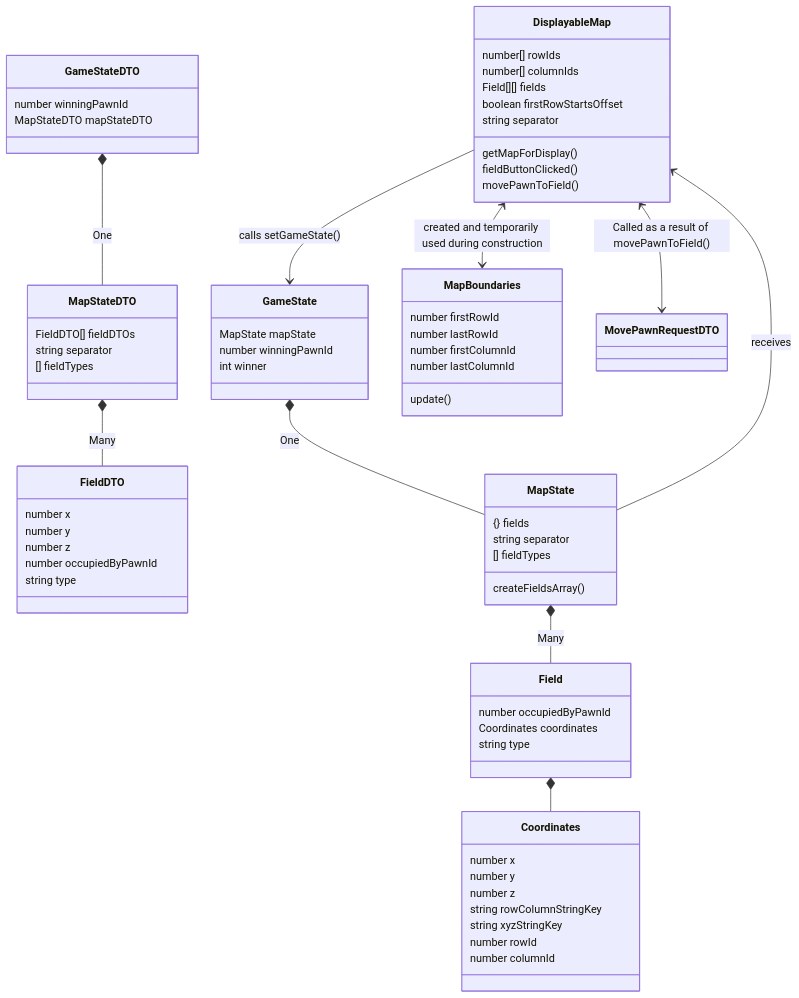
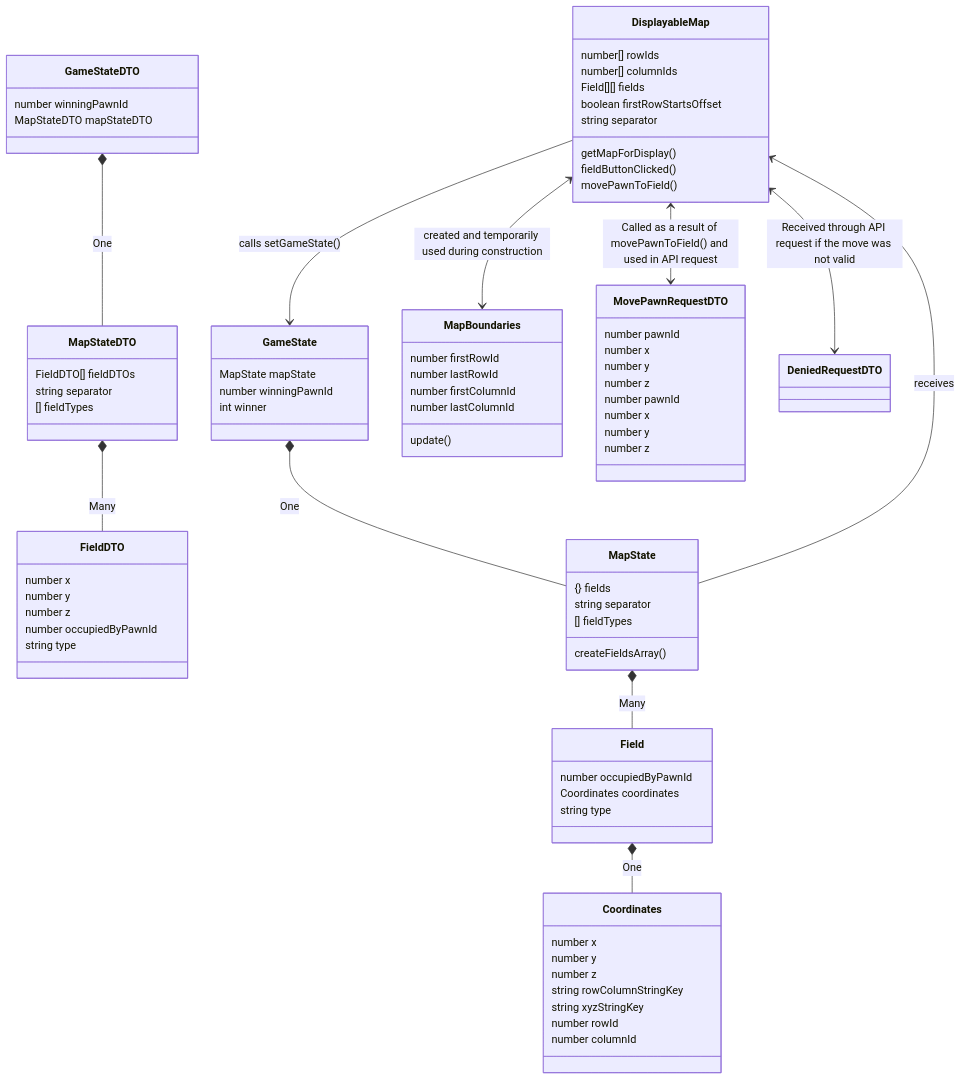
Before and after one commit to stijnlinderman/eldorado: the fourth of 8 diagrams in ARCHITECTURE.md, drawn with Mermaid.

````diff
--- a/ARCHITECTURE.md
+++ b/ARCHITECTURE.md
@@ -59,52 +59,61 @@
 ```mermaid
 classDiagram
 	GameStateDTO *-- MapStateDTO : One
 	GameStateDTO : number winningPawnId
 	GameStateDTO : MapStateDTO mapStateDTO
 	MapStateDTO *-- FieldDTO : Many
 	MapStateDTO : FieldDTO[] fieldDTOs
 	MapStateDTO : string separator
 	MapStateDTO : [] fieldTypes
 	FieldDTO : number x
 	FieldDTO : number y
 	FieldDTO : number z
 	FieldDTO : number occupiedByPawnId
 	FieldDTO : string type
 	GameState *-- MapState : One
 	GameState : MapState mapState
 	GameState : number winningPawnId
 	GameState : int winner
 	MapState *-- Field : Many
 	MapState : {} fields
 	MapState : string separator
 	MapState : [] fieldTypes
 	MapState : createFieldsArray()
-	Field *-- Coordinates
+	Field *-- Coordinates : One
 	Field : number occupiedByPawnId
 	Field : Coordinates coordinates
 	Field : string type
 	Coordinates : number x
 	Coordinates : number y
 	Coordinates : number z
 	Coordinates : string rowColumnStringKey
 	Coordinates : string xyzStringKey
 	Coordinates : number rowId
 	Coordinates : number columnId
 	DisplayableMap <--> MapBoundaries : created and temporarily used during construction
 	DisplayableMap : number[] rowIds
 	DisplayableMap : number[] columnIds
 	DisplayableMap : Field[][] fields
 	DisplayableMap : boolean firstRowStartsOffset
 	DisplayableMap : string separator
 	DisplayableMap --> GameState : calls setGameState()
 	DisplayableMap <-- MapState : receives
 	DisplayableMap : getMapForDisplay()
 	DisplayableMap : fieldButtonClicked()
 	DisplayableMap : movePawnToField()
 	MapBoundaries : update()
 	MapBoundaries : number firstRowId
 	MapBoundaries : number lastRowId
 	MapBoundaries : number firstColumnId
 	MapBoundaries : number lastColumnId
-	DisplayableMap <--> MovePawnRequestDTO : Called as a result of movePawnToField()	
+	DisplayableMap <--> MovePawnRequestDTO : Called as a result of movePawnToField() and used in API request
+	MovePawnRequestDTO : number pawnId
+	MovePawnRequestDTO : number x
+	MovePawnRequestDTO : number y
+	MovePawnRequestDTO : number z
+	DisplayableMap <--> DeniedRequestDTO : Received through API request if the move was not valid
+	MovePawnRequestDTO : number pawnId
+	MovePawnRequestDTO : number x
+	MovePawnRequestDTO : number y
+	MovePawnRequestDTO : number z
 ```
````
